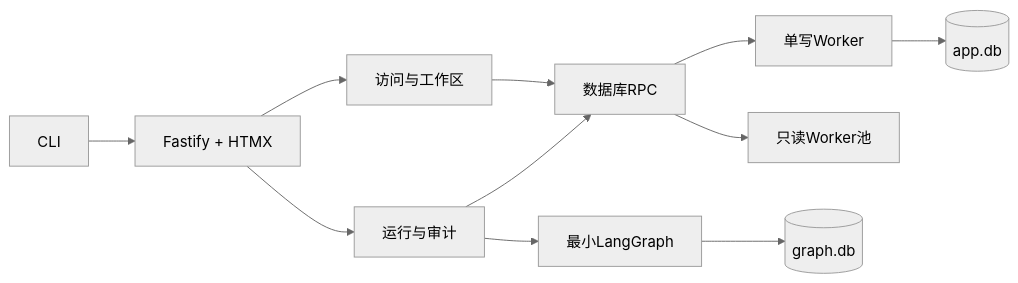
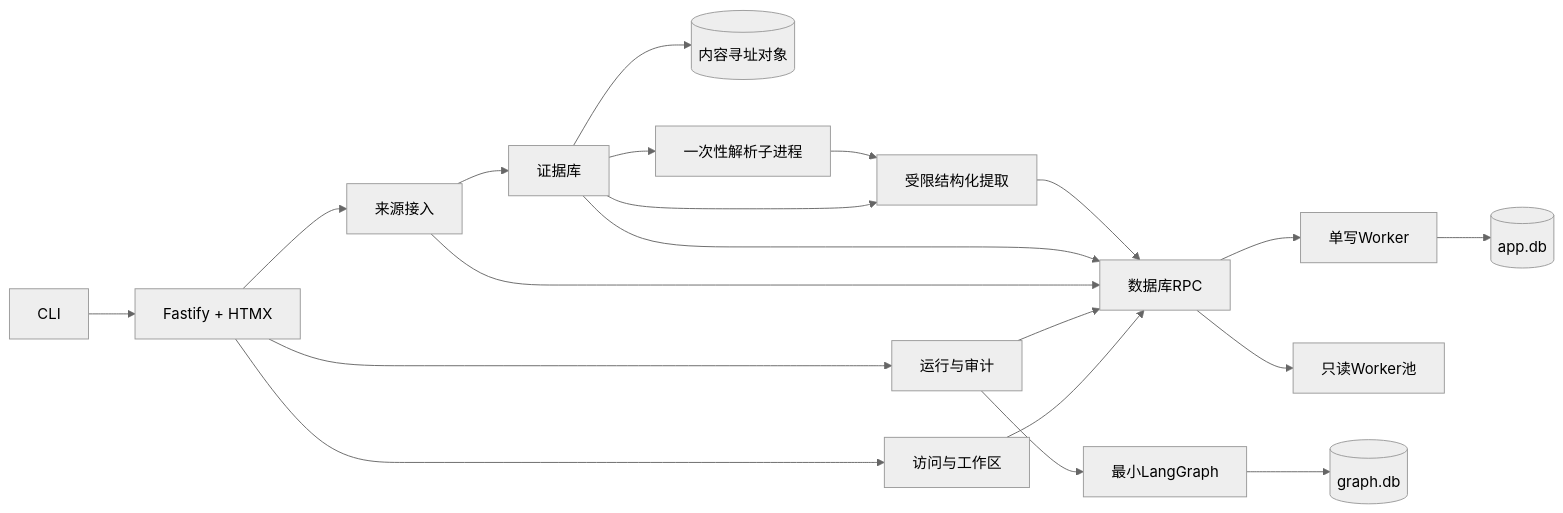
Before and after one commit to honghudavy-star/agent-voucher: the diagram in docs/architecture.md, drawn with Mermaid (neutral theme). The commit also changed other lines of this file and 87 other files, not shown here.

````diff
--- a/docs/architecture.md
+++ b/docs/architecture.md
@@ -9,13 +9,22 @@
 ```mermaid
 flowchart LR
   CLI --> WEB[Fastify + HTMX]
   WEB --> A01[访问与工作区]
   WEB --> A02[运行与审计]
+  WEB --> A03[来源接入]
+  A03 --> A04[证据库]
+  A04 --> A05[受限结构化提取]
+  A04 --> OBJ[(内容寻址对象)]
+  A04 --> PARSER[一次性解析子进程]
+  PARSER --> A05
   A01 --> RPC[数据库RPC]
   A02 --> RPC
+  A03 --> RPC
+  A04 --> RPC
+  A05 --> RPC
   RPC --> W[单写Worker]
   RPC --> R[只读Worker池]
   W --> APP[(app.db)]
   A02 --> GRAPH[最小LangGraph]
   GRAPH --> GDB[(graph.db)]
 ```
````
